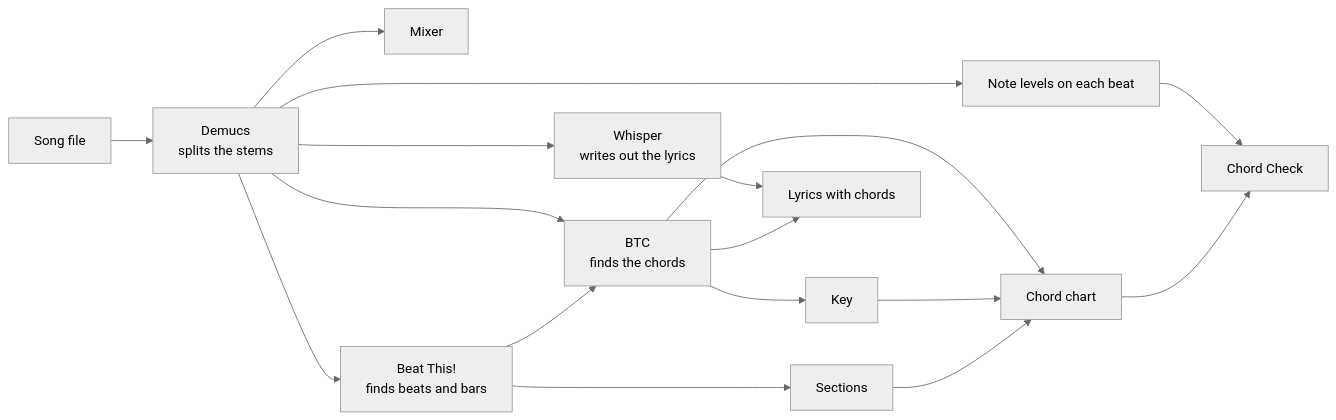
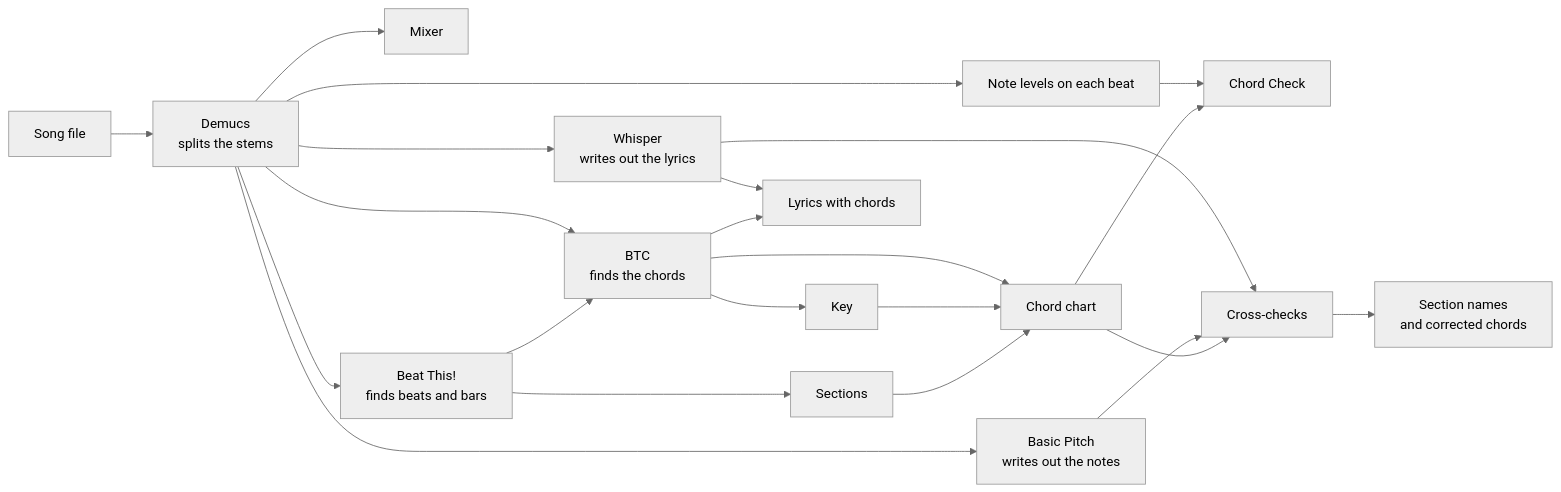
The diagram in README.md (shmizi/music-in-parts), drawn with Mermaid (neutral theme) before and after one commit. The commit also changed other lines of this file and 21 other files, not shown here.

Commit message:
Add cross-checks: recover missed lyrics, name sections from lyrics, check chords against notes and bass

````diff
--- a/README.md
+++ b/README.md
@@ -75,19 +88,24 @@
 ```mermaid
 flowchart LR
     A[Song file] --> B[Demucs<br>splits the stems]
     B --> C[Mixer]
     B --> D[Beat This!<br>finds beats and bars]
     B --> E[BTC<br>finds the chords]
     D --> E
     E --> F[Key]
     D --> G[Sections]
     B --> H[Note levels on each beat]
     E --> I[Chord chart]
     F --> I
     G --> I
     H --> J[Chord Check]
     I --> J
     B --> K[Whisper<br>writes out the lyrics]
     K --> L[Lyrics with chords]
     E --> L
+    B --> M[Basic Pitch<br>writes out the notes]
+    K --> N[Cross-checks]
+    M --> N
+    I --> N
+    N --> O[Section names<br>and corrected chords]
 ```
````
